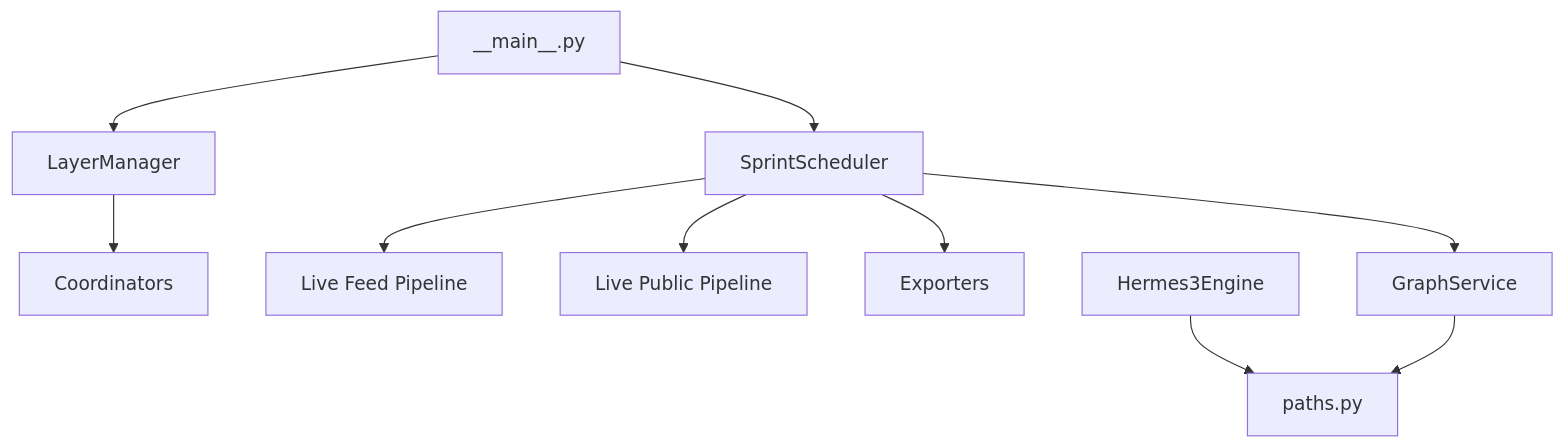
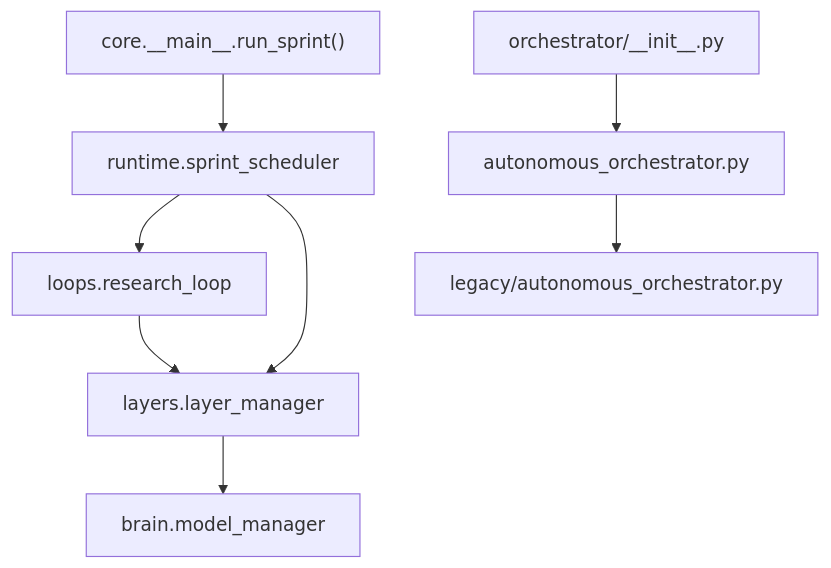
One commit to Hamulda/hledac-universal changed diagram 11 of 11 in .qoder/repowiki/en/content/Core Architecture/Core Architecture.md. Above: the diagram before and after it, drawn with Mermaid. The commit also changed other lines of this file and 236 other files, not shown here.

Commit message:
feat: F234 prelive gate, acquisition strategy and sprint scheduler improvements

````diff
--- a/.qoder/repowiki/en/content/Core Architecture/Core Architecture.md
+++ b/.qoder/repowiki/en/content/Core Architecture/Core Architecture.md
@@ -358,12 +376,10 @@
 ```mermaid
 graph TB
-MAIN["__main__.py"] --> LM["LayerManager"]
-MAIN --> SCHED["SprintScheduler"]
-LM --> COORD["Coordinators"]
-SCHED --> FEED["Live Feed Pipeline"]
-SCHED --> PUBLIC["Live Public Pipeline"]
-SCHED --> EXPORT["Exporters"]
-SCHED --> GRAPH["GraphService"]
-HERMES["Hermes3Engine"] --> PATHS["paths.py"]
-GRAPH --> PATHS
+Core["core.__main__.run_sprint()"] --> Sched["runtime.sprint_scheduler"]
+Sched --> RL["loops.research_loop"]
+Facade["autonomous_orchestrator.py"] --> Legacy["legacy/autonomous_orchestrator.py"]
+Orch["orchestrator/__init__.py"] --> Facade
+LayerMgr["layers.layer_manager"] --> ModelMgr["brain.model_manager"]
+Sched --> LayerMgr
+RL --> LayerMgr
 ```
````
